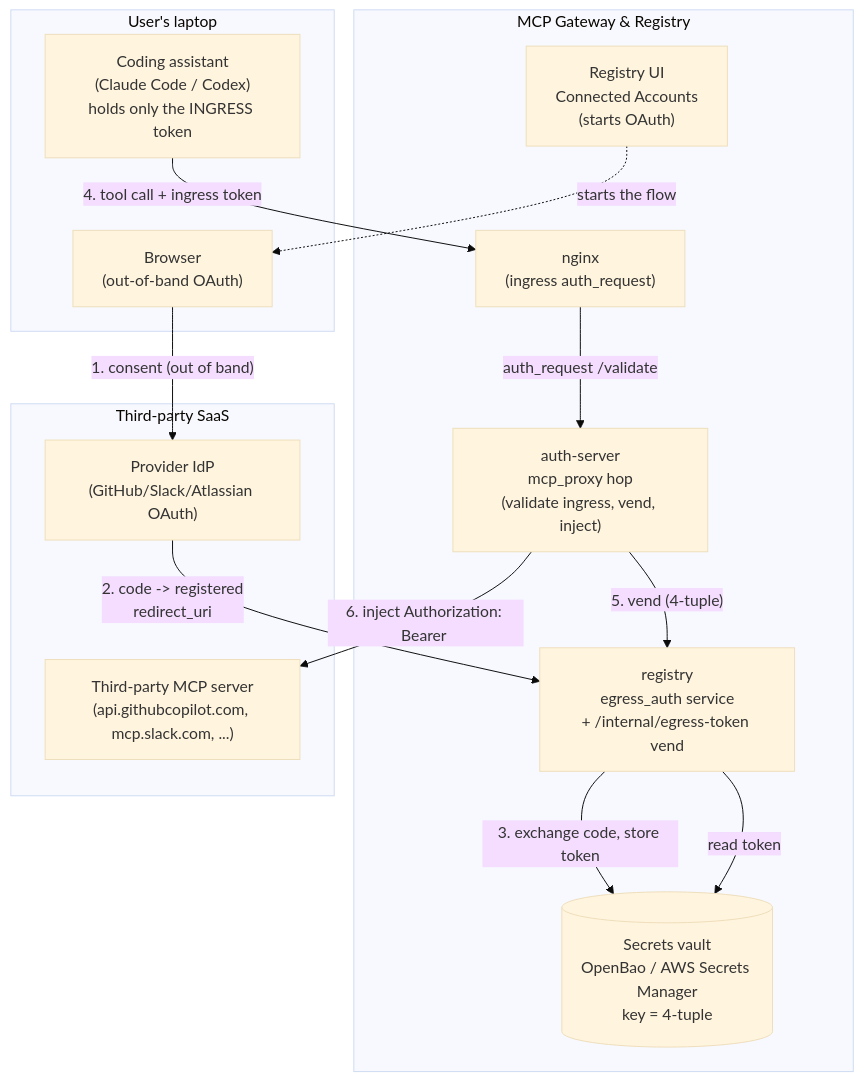
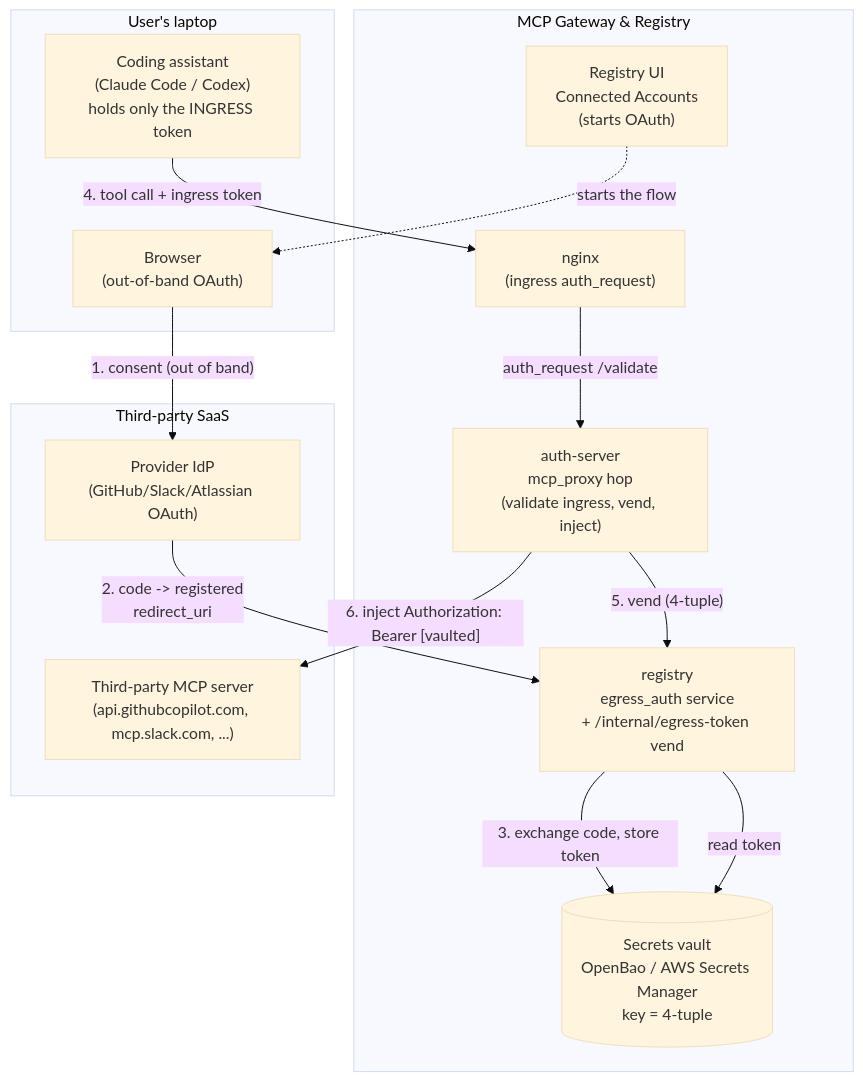
One commit to TheTechOddBug/mcp-gateway-registry changed the first of 4 diagrams in docs/design/egress-auth-design.md. Above: the diagram before and after it, drawn with Mermaid (base theme). The commit also changed other lines of this file, not shown here.

First line of the commit message:
docs(egress): make mermaid notes/messages parseable (remove ->, quotes, ;) (#1375)

````diff
--- a/docs/design/egress-auth-design.md
+++ b/docs/design/egress-auth-design.md
@@ -28,32 +28,32 @@
 ```mermaid
 flowchart TB
     subgraph laptop["User's laptop"]
         CA["Coding assistant<br/>(Claude Code / Codex)<br/>holds only the INGRESS token"]
         BR["Browser<br/>(out-of-band OAuth)"]
     end
 
     subgraph gw["MCP Gateway & Registry"]
         UI["Registry UI<br/>Connected Accounts<br/>(starts OAuth)"]
         NGINX["nginx<br/>(ingress auth_request)"]
         AS["auth-server<br/>mcp_proxy hop<br/>(validate ingress, vend, inject)"]
         REG["registry<br/>egress_auth service<br/>+ /internal/egress-token vend"]
         VAULT[("Secrets vault<br/>OpenBao / AWS Secrets Manager<br/>key = 4-tuple")]
     end
 
     subgraph tp["Third-party SaaS"]
         IDP["Provider IdP<br/>(GitHub/Slack/Atlassian OAuth)"]
         MCP["Third-party MCP server<br/>(api.githubcopilot.com, mcp.slack.com, ...)"]
     end
 
     BR -- "1. consent (out of band)" --> IDP
     IDP -- "2. code -> registered<br/>redirect_uri" --> REG
     REG -- "3. exchange code, store token" --> VAULT
 
     CA -- "4. tool call + ingress token" --> NGINX
     NGINX -- "auth_request /validate" --> AS
     AS -- "5. vend (4-tuple)" --> REG
     REG -- "read token" --> VAULT
-    AS -- "6. inject Authorization: Bearer <vaulted>" --> MCP
+    AS -- "6. inject Authorization: Bearer [vaulted]" --> MCP
 
     UI -. "starts the flow" .-> BR
 ```
````
